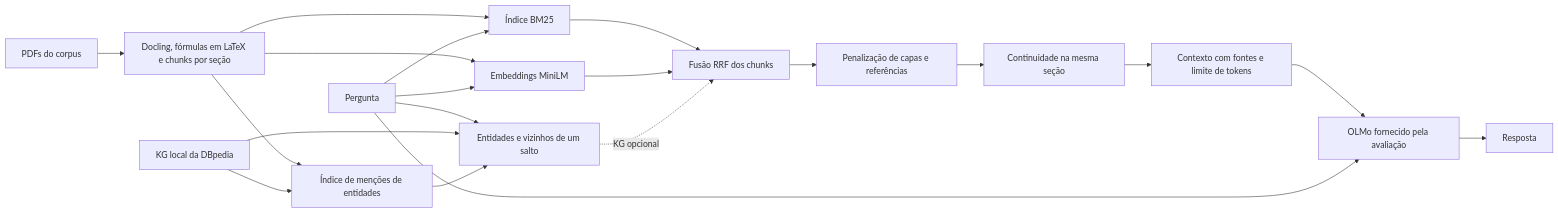
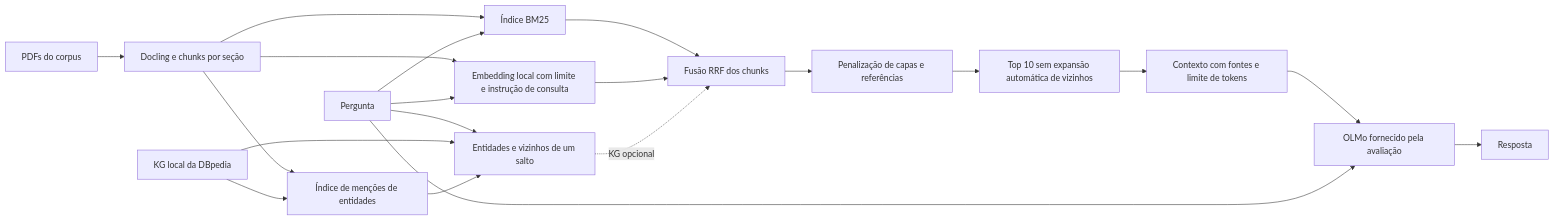
The diagram in docs/technical-overview.md (ArthurTRamos/IEEE-Challenge), drawn with Mermaid before and after one commit. The commit also changed other lines of this file and 66 other files, not shown here.

````diff
--- a/docs/technical-overview.md
+++ b/docs/technical-overview.md
@@ -9,22 +12,22 @@
 ```mermaid
 flowchart LR
-    P[PDFs do corpus] --> D[Docling, fórmulas em LaTeX e chunks por seção]
+    P[PDFs do corpus] --> D[Docling e chunks por seção]
     D --> B[Índice BM25]
-    D --> E[Embeddings MiniLM]
+    D --> E[Embedding local com limite e instrução de consulta]
     D --> I[Índice de menções de entidades]
     K[KG local da DBpedia] --> I
     Q[Pergunta] --> B
     Q --> E
     Q --> G[Entidades e vizinhos de um salto]
     K --> G
     I --> G
     B --> R[Fusão RRF dos chunks]
     E --> R
     G -. KG opcional .-> R
     R --> M[Penalização de capas e referências]
-    M --> V[Continuidade na mesma seção]
+    M --> V[Top 10 sem expansão automática de vizinhos]
     V --> C[Contexto com fontes e limite de tokens]
     C --> L[OLMo fornecido pela avaliação]
     Q --> L
     L --> A[Resposta]
 ```
````
